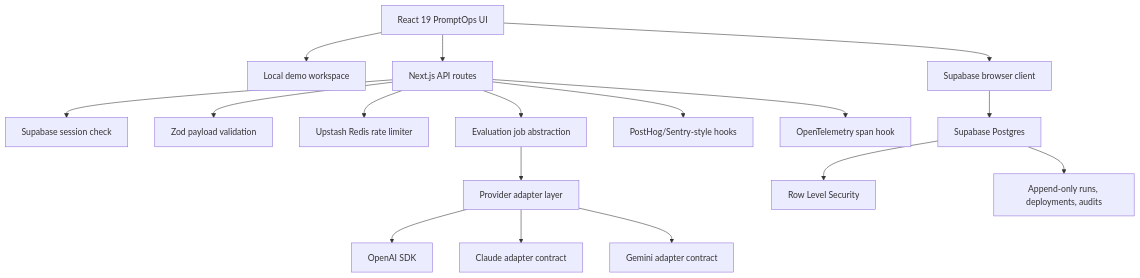
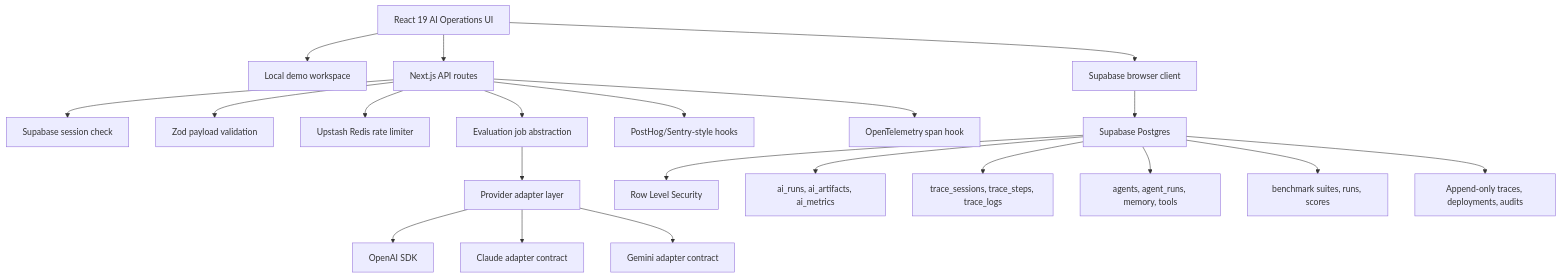
One commit to obone410/AI-Prompt-Management-Platform changed the first of 4 diagrams in docs/ARCHITECTURE.md. Above: the diagram before and after it, drawn with Mermaid. The commit also changed other lines of this file and 20 other files, not shown here.

Commit message:
Upgrade PromptDeck AI to operations platform v3

````diff
--- a/docs/ARCHITECTURE.md
+++ b/docs/ARCHITECTURE.md
@@ -18,21 +20,25 @@
 ```mermaid
 flowchart TD
-  Browser["React 19 PromptOps UI"] --> LocalStore["Local demo workspace"]
+  Browser["React 19 AI Operations UI"] --> LocalStore["Local demo workspace"]
   Browser --> SupabaseBrowser["Supabase browser client"]
   Browser --> Routes["Next.js API routes"]
 
   Routes --> Auth["Supabase session check"]
   Routes --> Zod["Zod payload validation"]
   Routes --> RateLimit["Upstash Redis rate limiter"]
   Routes --> Jobs["Evaluation job abstraction"]
   Routes --> Observability["PostHog/Sentry-style hooks"]
   Routes --> OTel["OpenTelemetry span hook"]
   Jobs --> Providers["Provider adapter layer"]
   Providers --> OpenAI["OpenAI SDK"]
   Providers --> Claude["Claude adapter contract"]
   Providers --> Gemini["Gemini adapter contract"]
 
   SupabaseBrowser --> Postgres["Supabase Postgres"]
   Postgres --> RLS["Row Level Security"]
-  Postgres --> AppendOnly["Append-only runs, deployments, audits"]
+  Postgres --> UnifiedRuns["ai_runs, ai_artifacts, ai_metrics"]
+  Postgres --> Traces["trace_sessions, trace_steps, trace_logs"]
+  Postgres --> Agents["agents, agent_runs, memory, tools"]
+  Postgres --> Benchmarks["benchmark suites, runs, scores"]
+  Postgres --> AppendOnly["Append-only traces, deployments, audits"]
 ```
````
